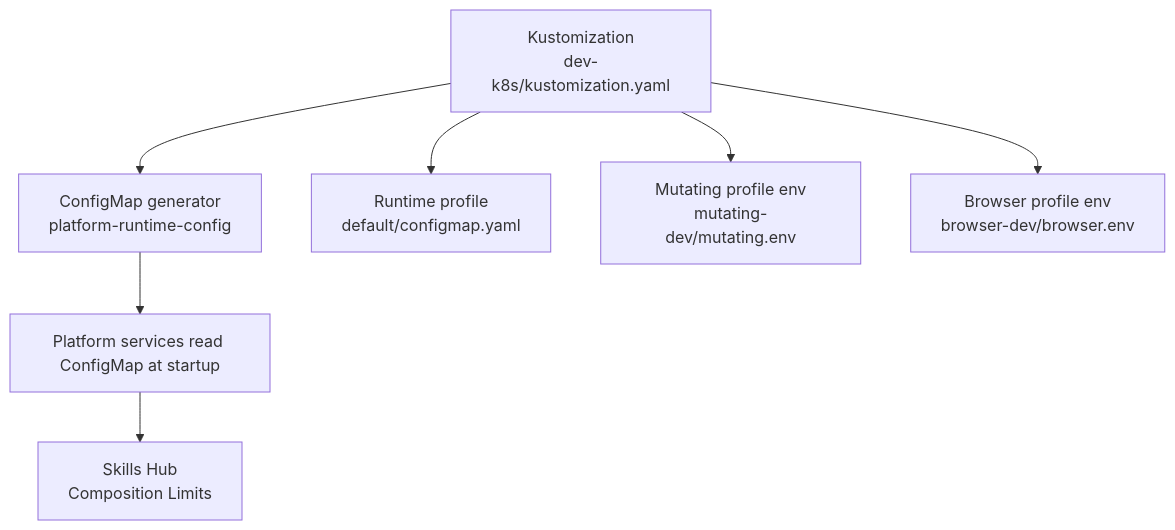
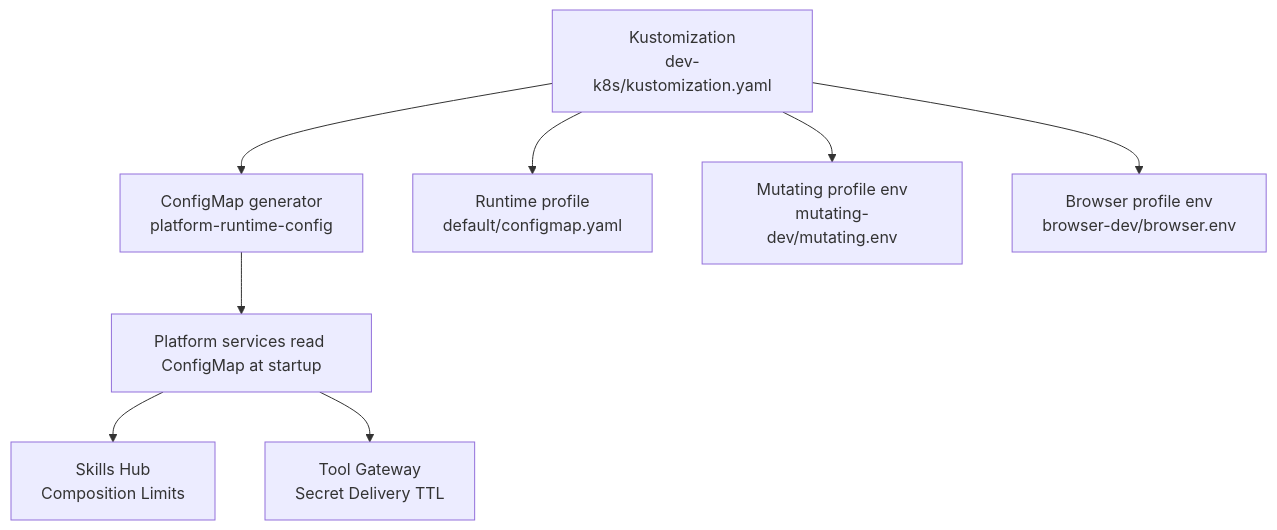
One commit to metasync/luban-aiops changed the first of 4 diagrams in .qoder/repowiki/en/content/Deployment and Operations/Configuration Management.md. Above: the diagram before and after it, drawn with Mermaid. The commit also changed other lines of this file and 56 other files, not shown here.

First line of the commit message:
docs: refresh repowiki knowledge cache (SPEC-062 secret delivery, v0.42.0)

````diff
--- a/.qoder/repowiki/en/content/Deployment and Operations/Configuration Management.md
+++ b/.qoder/repowiki/en/content/Deployment and Operations/Configuration Management.md
@@ -58,9 +61,10 @@
 ```mermaid
 graph TB
 A["Kustomization<br/>dev-k8s/kustomization.yaml"] --> B["ConfigMap generator<br/>platform-runtime-config"]
 A --> C["Runtime profile<br/>default/configmap.yaml"]
 A --> D["Mutating profile env<br/>mutating-dev/mutating.env"]
 A --> E["Browser profile env<br/>browser-dev/browser.env"]
 B --> F["Platform services read ConfigMap at startup"]
 F --> G["Skills Hub<br/>Composition Limits"]
+F --> H["Tool Gateway<br/>Secret Delivery TTL"]
 ```
````
